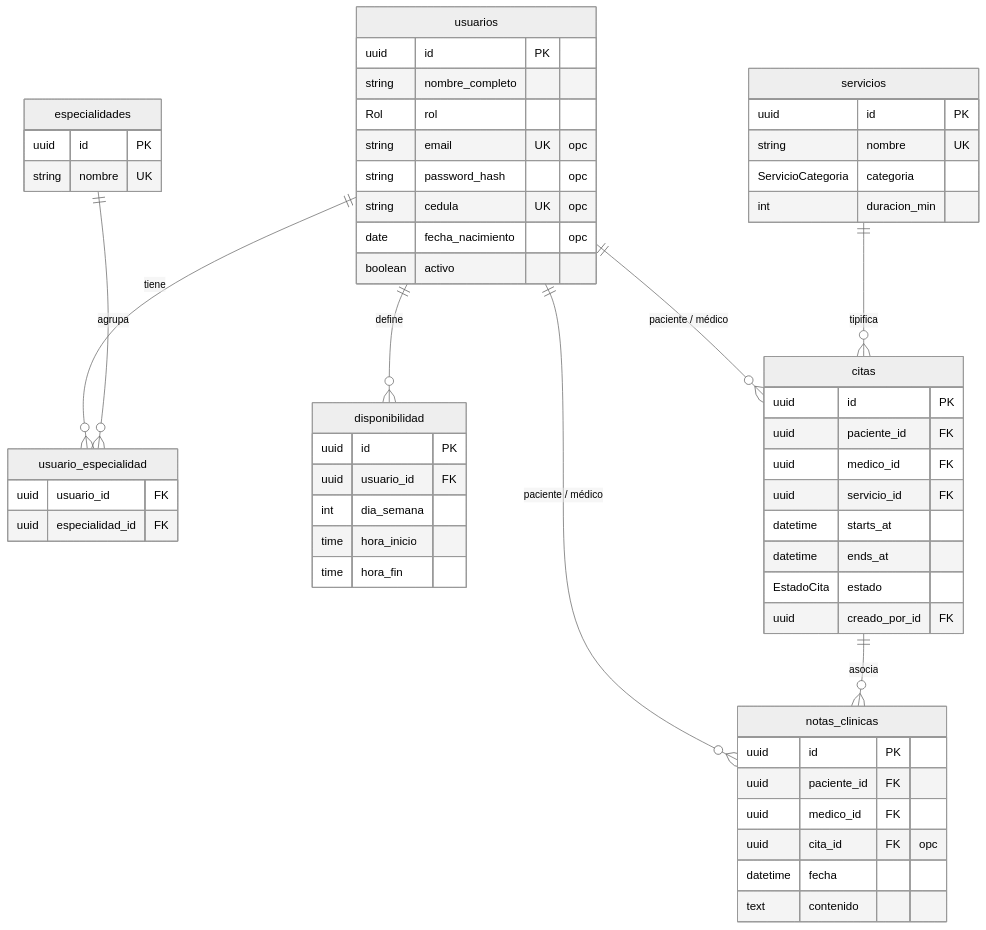
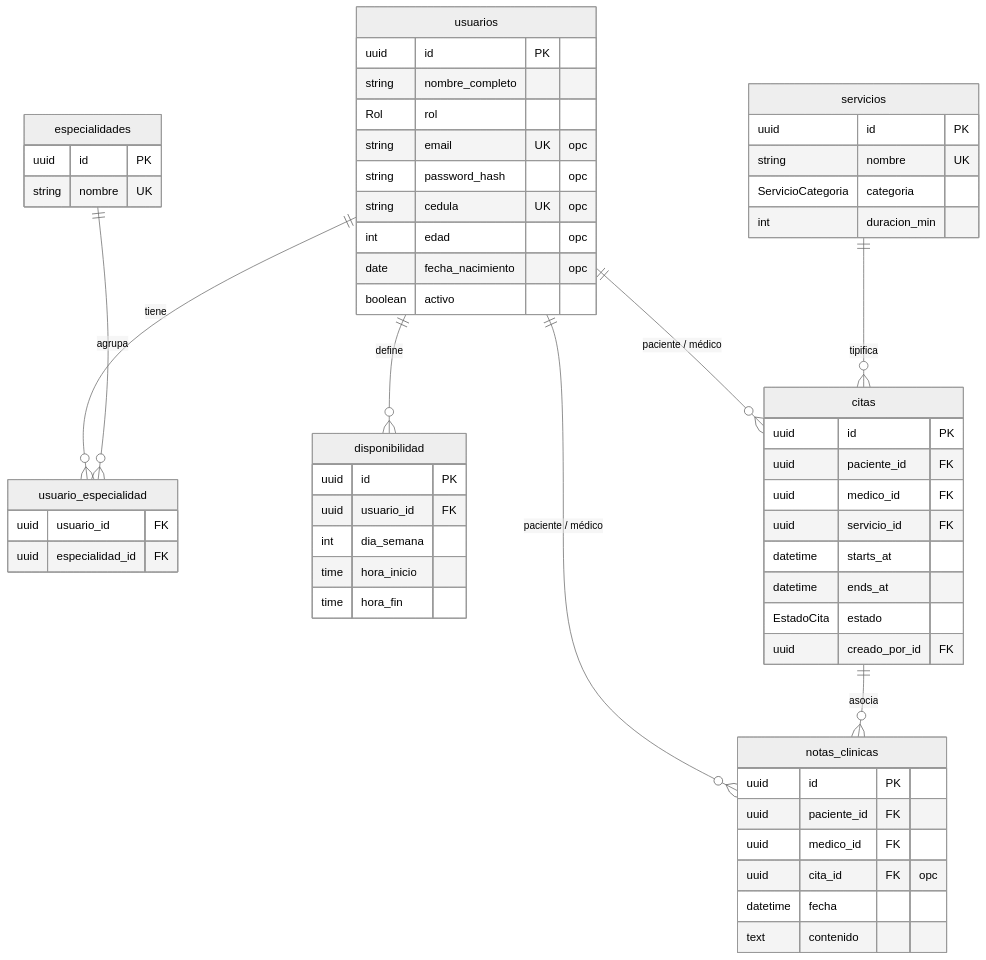
Before and after one commit to DhanaCorredor/diagnostico-backend: the diagram in docs/MODELO-DATOS.md, drawn with Mermaid (neutral theme). The commit also changed other lines of this file and 2 other files, not shown here.

````diff
--- a/docs/MODELO-DATOS.md
+++ b/docs/MODELO-DATOS.md
@@ -137,48 +138,49 @@
 ```mermaid
 erDiagram
     usuarios ||--o{ usuario_especialidad : tiene
     especialidades ||--o{ usuario_especialidad : agrupa
     usuarios ||--o{ disponibilidad : define
     usuarios ||--o{ citas : "paciente / médico"
     servicios ||--o{ citas : tipifica
     usuarios ||--o{ notas_clinicas : "paciente / médico"
     citas ||--o{ notas_clinicas : asocia
 
     usuarios {
         uuid id PK
         string nombre_completo
         Rol rol
         string email UK "opc"
         string password_hash "opc"
         string cedula UK "opc"
+        int edad "opc"
         date fecha_nacimiento "opc"
         boolean activo
     }
     especialidades { uuid id PK
         string nombre UK }
     usuario_especialidad { uuid usuario_id FK
         uuid especialidad_id FK }
     servicios { uuid id PK
         string nombre UK
         ServicioCategoria categoria
         int duracion_min }
     disponibilidad { uuid id PK
         uuid usuario_id FK
         int dia_semana
         time hora_inicio
         time hora_fin }
     citas { uuid id PK
         uuid paciente_id FK
         uuid medico_id FK
         uuid servicio_id FK
         datetime starts_at
         datetime ends_at
         EstadoCita estado
         uuid creado_por_id FK }
     notas_clinicas { uuid id PK
         uuid paciente_id FK
         uuid medico_id FK
         uuid cita_id FK "opc"
         datetime fecha
         text contenido }
 ```
````
